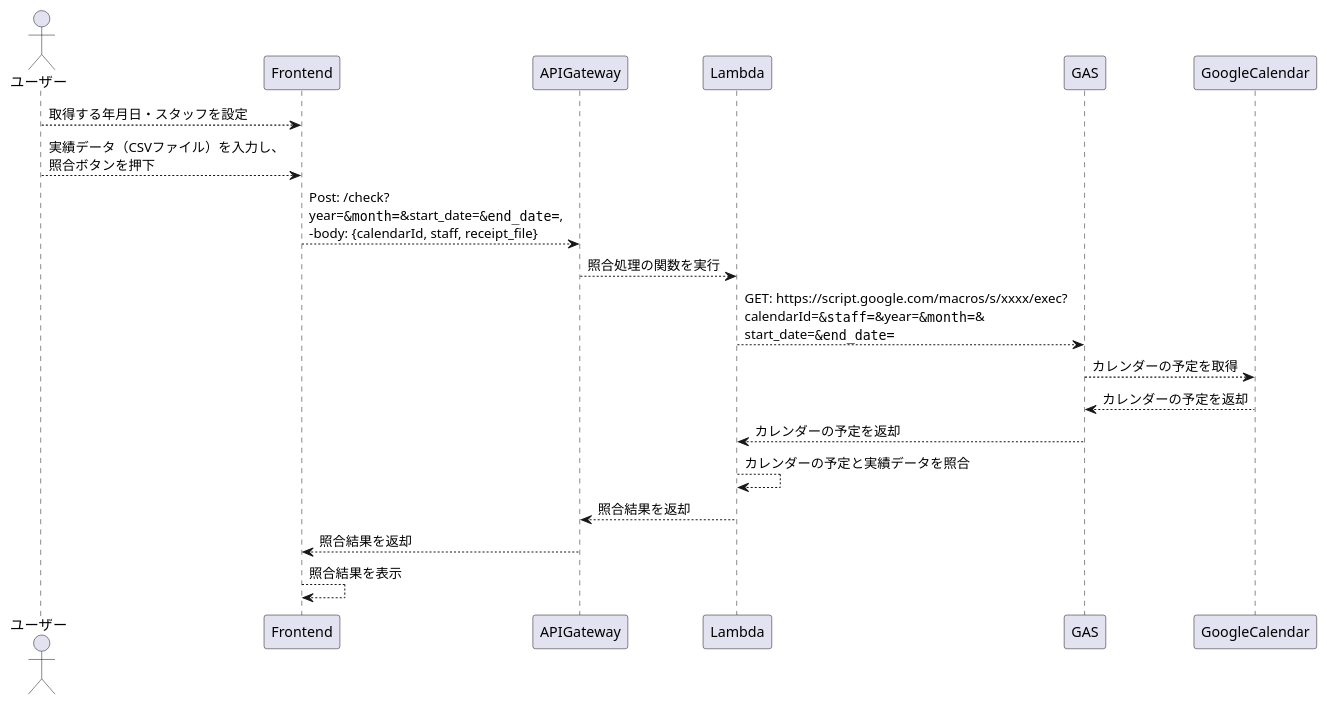
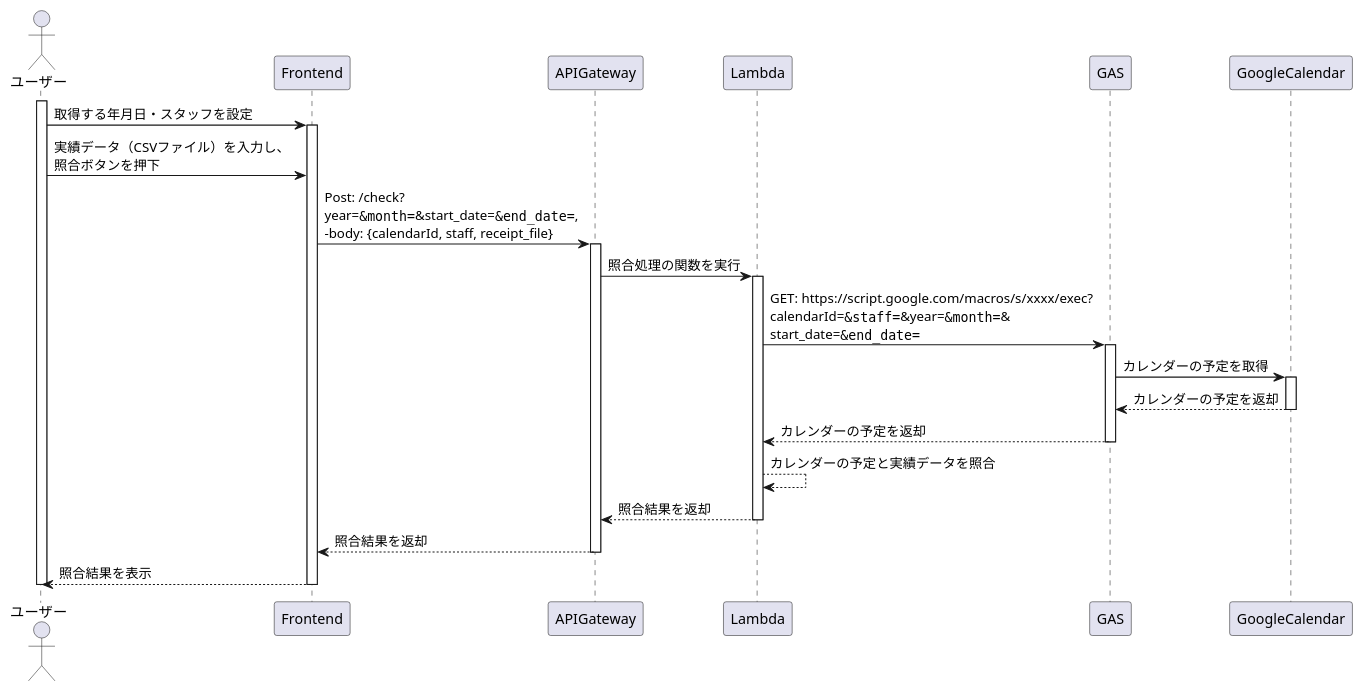
The diagram in src/diagrams/sequence/CheckFlow/CheckFlow.puml (Fukuemon/ReceiptCheckerDesignDocs), drawn with PlantUML before and after one commit. The commit also changed 5 other files, not shown here.

```diff
--- a/src/diagrams/sequence/CheckFlow/CheckFlow.puml
+++ b/src/diagrams/sequence/CheckFlow/CheckFlow.puml
@@ -1,21 +1,33 @@
 @startuml CheckFlow
 Actor ユーザー
 Participant Frontend as Front
 Participant APIGateway as Gateway
 Participant Lambda
 Participant GAS
 Participant GoogleCalendar
 
-ユーザー --> Front: 取得する年月日・スタッフを設定
-ユーザー --> Front: 実績データ（CSVファイル）を入力し、\n照合ボタンを押下
-Front --> Gateway: Post: /check?\nyear=""&month=""&start_date=""&end_date="",\n-body: {calendarId, staff, receipt_file}
-Gateway --> Lambda: 照合処理の関数を実行
-Lambda --> GAS: GET: https://script.google.com/macros/s/xxxx/exec?\ncalendarId=""&staff=""&year=""&month=""&\nstart_date=""&end_date=""
-GAS --> GoogleCalendar: カレンダーの予定を取得
+activate ユーザー
+ユーザー -> Front: 取得する年月日・スタッフを設定
+activate Front
+ユーザー -> Front: 実績データ（CSVファイル）を入力し、\n照合ボタンを押下
+Front -> Gateway: Post: /check?\nyear=""&month=""&start_date=""&end_date="",\n-body: {calendarId, staff, receipt_file}
+activate Gateway
+Gateway -> Lambda: 照合処理の関数を実行
+activate Lambda
+Lambda -> GAS: GET: https://script.google.com/macros/s/xxxx/exec?\ncalendarId=""&staff=""&year=""&month=""&\nstart_date=""&end_date=""
+activate GAS
+GAS -> GoogleCalendar: カレンダーの予定を取得
+activate GoogleCalendar
 GoogleCalendar --> GAS: カレンダーの予定を返却
+deactivate GoogleCalendar
 GAS --> Lambda: カレンダーの予定を返却
+deactivate GAS
 Lambda --> Lambda: カレンダーの予定と実績データを照合
 Lambda --> Gateway: 照合結果を返却
+deactivate Lambda
 Gateway --> Front: 照合結果を返却
-Front --> Front: 照合結果を表示
+deactivate Gateway
+Front --> ユーザー: 照合結果を表示
+deactivate Front
+deactivate ユーザー
 @enduml
```
